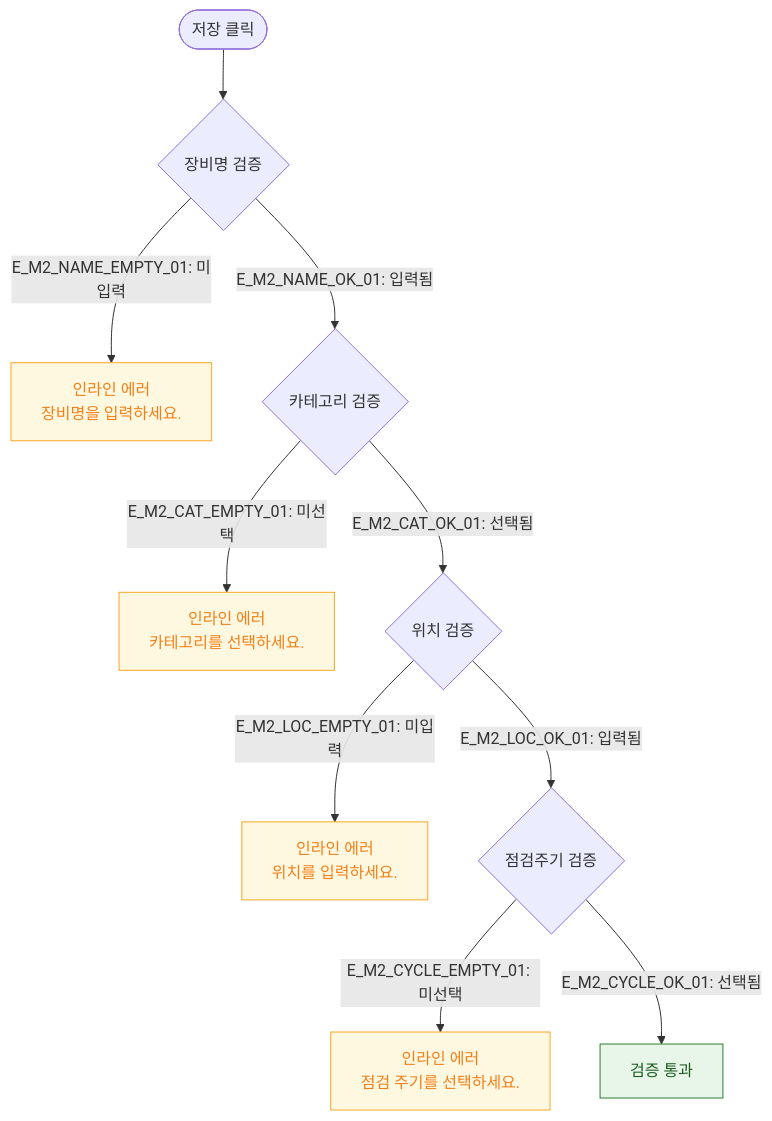
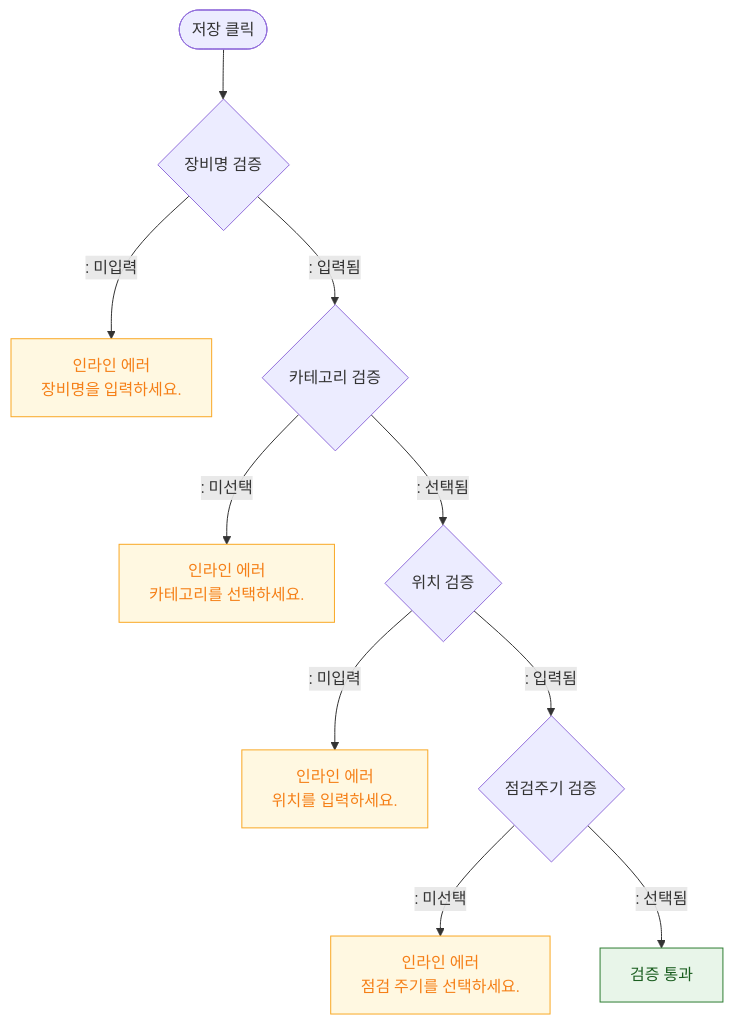
Before and after one commit to dev-spogym/admin-pando: the diagram in docs/다이어그램/D06_시설관리/DLG/DLG-056-001_장비등록/M2_필드검증.md, drawn with Mermaid. The commit also changed other lines of this file and 1660 other files, not shown here.

First line of the commit message:
다이어그램: 기획자/클라이언트 납품본으로 정리

````diff
--- a/docs/다이어그램/D06_시설관리/DLG/DLG-056-001_장비등록/M2_필드검증.md
+++ b/docs/다이어그램/D06_시설관리/DLG/DLG-056-001_장비등록/M2_필드검증.md
@@ -16,17 +14,17 @@
 ```mermaid
 flowchart TD
     SUBMIT([저장 클릭]) --> V1{장비명 검증}
-    V1 -->|"E_M2_NAME_EMPTY_01: 미입력"| ErrName[인라인 에러\n장비명을 입력하세요.]
-    V1 -->|"E_M2_NAME_OK_01: 입력됨"| V2{카테고리 검증}
-    V2 -->|"E_M2_CAT_EMPTY_01: 미선택"| ErrCat[인라인 에러\n카테고리를 선택하세요.]
-    V2 -->|"E_M2_CAT_OK_01: 선택됨"| V3{위치 검증}
-    V3 -->|"E_M2_LOC_EMPTY_01: 미입력"| ErrLoc[인라인 에러\n위치를 입력하세요.]
-    V3 -->|"E_M2_LOC_OK_01: 입력됨"| V4{점검주기 검증}
-    V4 -->|"E_M2_CYCLE_EMPTY_01: 미선택"| ErrCycle[인라인 에러\n점검 주기를 선택하세요.]
-    V4 -->|"E_M2_CYCLE_OK_01: 선택됨"| PASS[검증 통과]
+    V1 -->|": 미입력"|ErrName[인라인 에러\n장비명을 입력하세요.]
+    V1 -->|": 입력됨"|V2{카테고리 검증}
+    V2 -->|": 미선택"|ErrCat[인라인 에러\n카테고리를 선택하세요.]
+    V2 -->|": 선택됨"|V3{위치 검증}
+    V3 -->|": 미입력"|ErrLoc[인라인 에러\n위치를 입력하세요.]
+    V3 -->|": 입력됨"|V4{점검주기 검증}
+    V4 -->|": 미선택"|ErrCycle[인라인 에러\n점검 주기를 선택하세요.]
+    V4 -->|": 선택됨"|PASS[검증 통과]
 
     classDef warning fill:#FFF8E1,stroke:#F9A825,color:#F57F17
     classDef success fill:#E8F5E9,stroke:#2E7D32,color:#1B5E20
     class ErrName,ErrCat,ErrLoc,ErrCycle warning
     class PASS success
 ```
````
